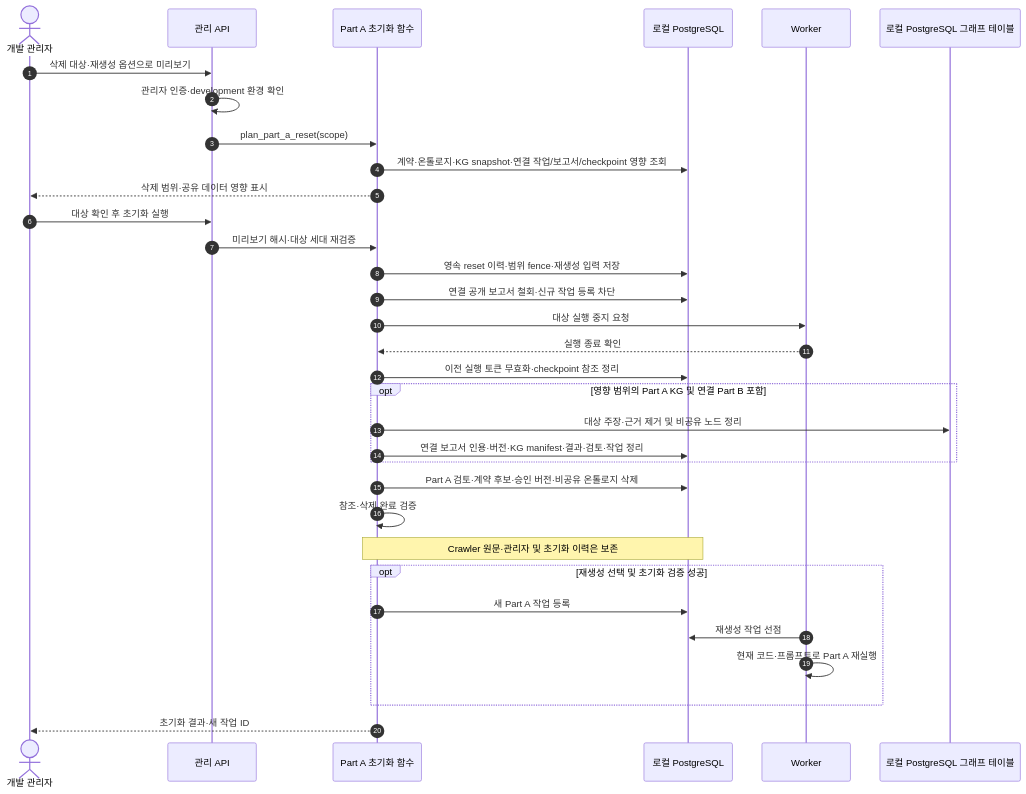
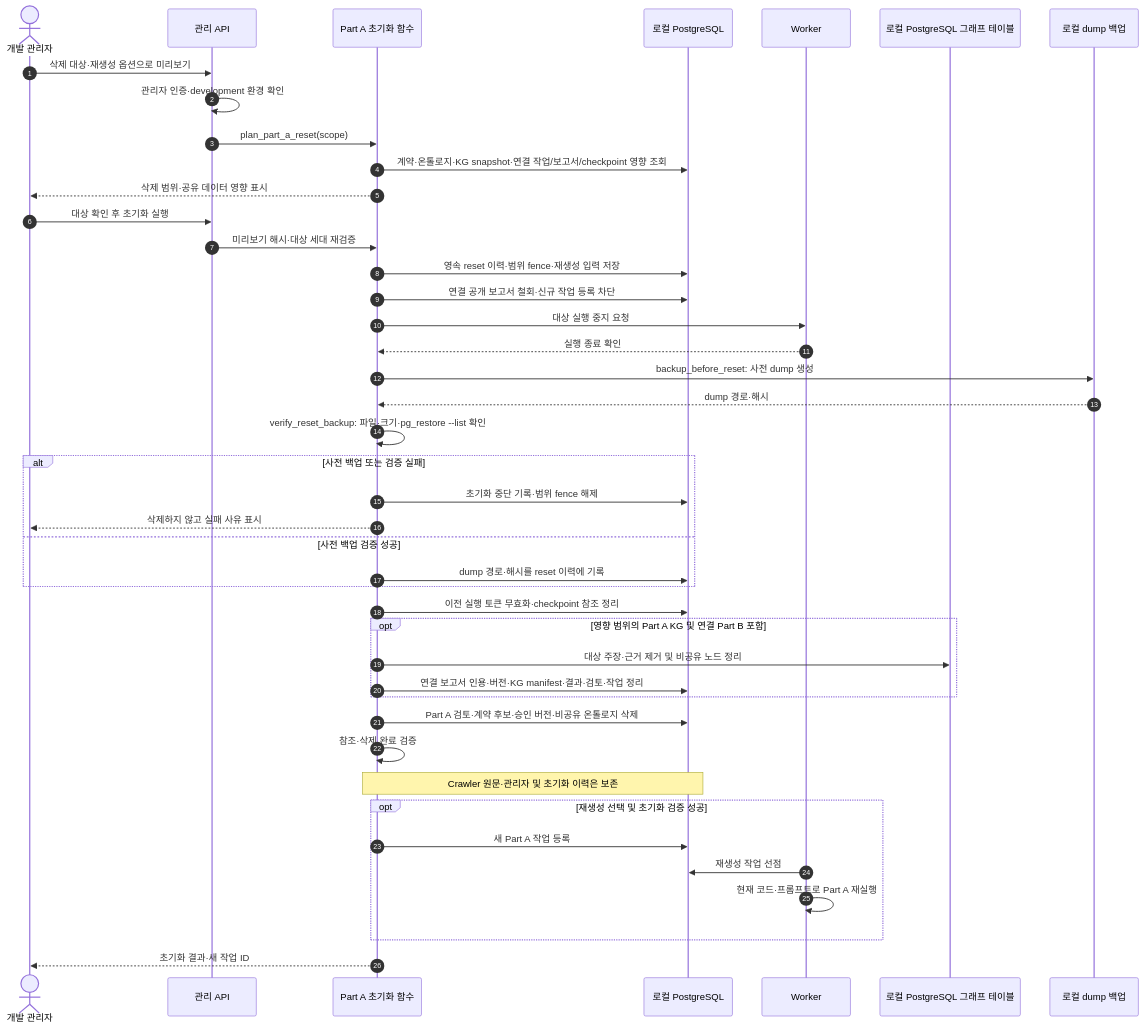
Before and after one commit to mykim711231/NewsContext: diagram 13 of 17 in docs/sequences.md, drawn with Mermaid. The commit also changed other lines of this file and 4 other files, not shown here.

First line of the commit message:
docs: canonical step names, single-transaction graph write, pre-reset dump

````diff
--- a/docs/sequences.md
+++ b/docs/sequences.md
@@ -477,35 +477,45 @@
 ```mermaid
 sequenceDiagram
     autonumber
     actor Admin as 개발 관리자
     participant API as 관리 API
     participant Reset as Part A 초기화 함수
     participant DB as 로컬 PostgreSQL
     participant Worker as Worker
     participant KG as 로컬 PostgreSQL 그래프 테이블
+    participant Backup as 로컬 dump 백업
     Admin->>API: 삭제 대상·재생성 옵션으로 미리보기
     API->>API: 관리자 인증·development 환경 확인
     API->>Reset: plan_part_a_reset(scope)
     Reset->>DB: 계약·온톨로지·KG snapshot·연결 작업/보고서/checkpoint 영향 조회
     Reset-->>Admin: 삭제 범위·공유 데이터 영향 표시
     Admin->>API: 대상 확인 후 초기화 실행
     API->>Reset: 미리보기 해시·대상 세대 재검증
     Reset->>DB: 영속 reset 이력·범위 fence·재생성 입력 저장
     Reset->>DB: 연결 공개 보고서 철회·신규 작업 등록 차단
     Reset->>Worker: 대상 실행 중지 요청
     Worker-->>Reset: 실행 종료 확인
+    Reset->>Backup: backup_before_reset: 사전 dump 생성
+    Backup-->>Reset: dump 경로·해시
+    Reset->>Reset: verify_reset_backup: 파일·크기·pg_restore --list 확인
+    alt 사전 백업 또는 검증 실패
+        Reset->>DB: 초기화 중단 기록·범위 fence 해제
+        Reset-->>Admin: 삭제하지 않고 실패 사유 표시
+    else 사전 백업 검증 성공
+        Reset->>DB: dump 경로·해시를 reset 이력에 기록
+    end
     Reset->>DB: 이전 실행 토큰 무효화·checkpoint 참조 정리
     opt 영향 범위의 Part A KG 및 연결 Part B 포함
         Reset->>KG: 대상 주장·근거 제거 및 비공유 노드 정리
         Reset->>DB: 연결 보고서 인용·버전·KG manifest·결과·검토·작업 정리
     end
     Reset->>DB: Part A 검토·계약 후보·승인 버전·비공유 온톨로지 삭제
     Reset->>Reset: 참조·삭제 완료 검증
     Note over Reset,DB: Crawler 원문·관리자 및 초기화 이력은 보존
     opt 재생성 선택 및 초기화 검증 성공
         Reset->>DB: 새 Part A 작업 등록
         Worker->>DB: 재생성 작업 선점
         Worker->>Worker: 현재 코드·프롬프트로 Part A 재실행
     end
     Reset-->>Admin: 초기화 결과·새 작업 ID
 ```
````
